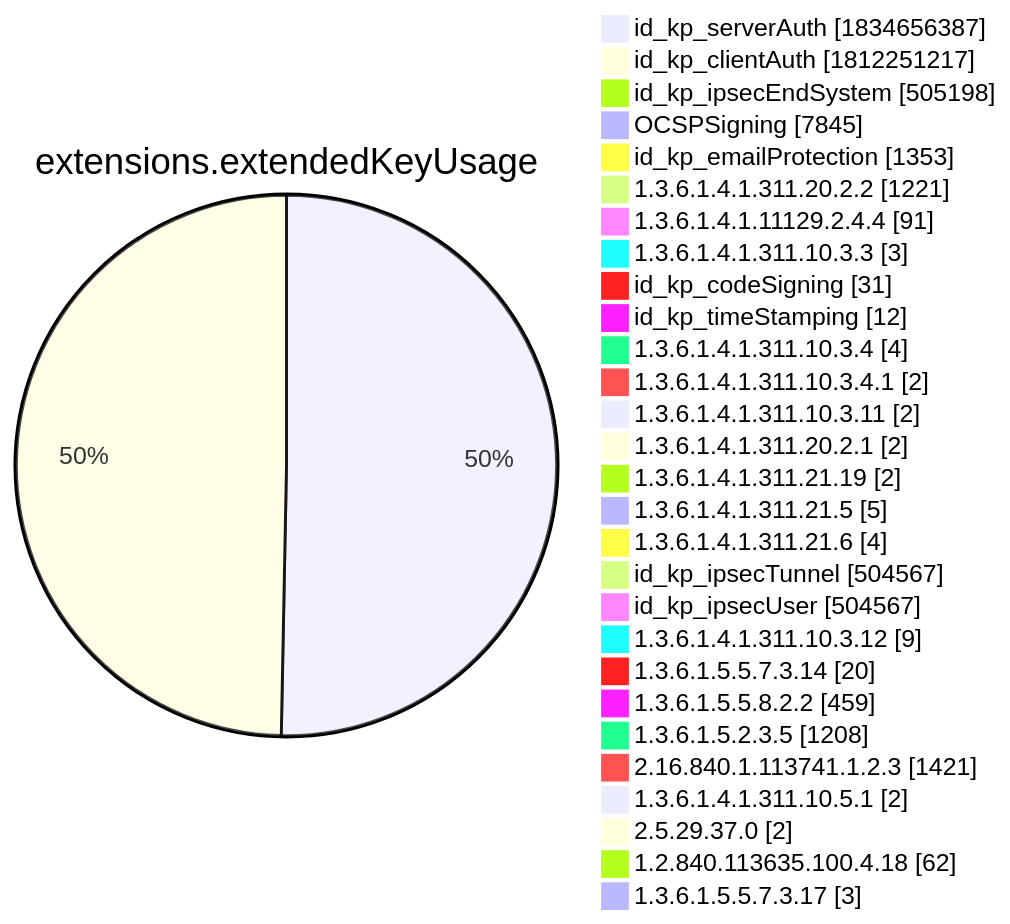
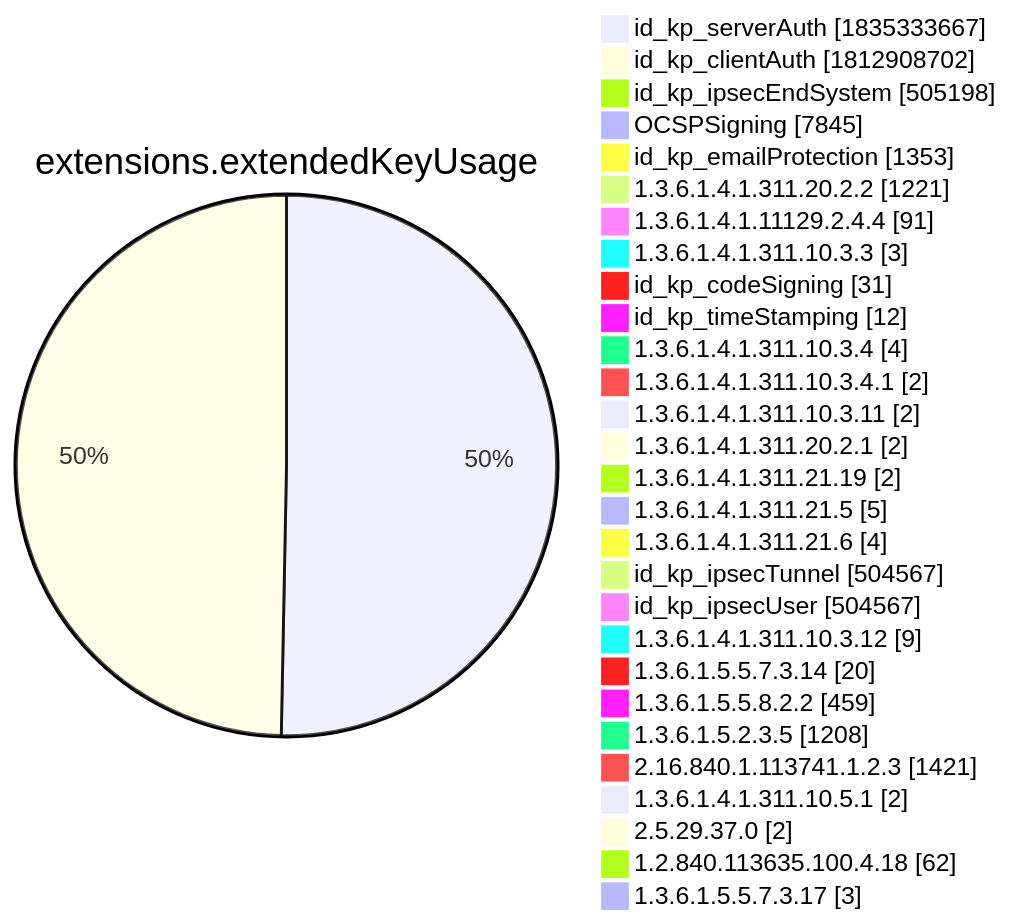
One commit to christiankrug/ctmonitor_visualization changed diagram 12 of 15 in xenon2022/README.md. Above: the diagram before and after it, drawn with Mermaid. The commit also changed other lines of this file, not shown here.

````diff
--- a/xenon2022/README.md
+++ b/xenon2022/README.md
@@ -3896,32 +3896,32 @@
 ```mermaid
 pie showData
 title extensions.extendedKeyUsage
-"id_kp_serverAuth" :1834656387
-"id_kp_clientAuth" :1812251217
+"id_kp_serverAuth" :1835333667
+"id_kp_clientAuth" :1812908702
 "id_kp_ipsecEndSystem" :505198
 "OCSPSigning" :7845
 "id_kp_emailProtection" :1353
 "1.3.6.1.4.1.311.20.2.2" :1221
 "1.3.6.1.4.1.11129.2.4.4" :91
 "1.3.6.1.4.1.311.10.3.3" :3
 "id_kp_codeSigning" :31
 "id_kp_timeStamping" :12
 "1.3.6.1.4.1.311.10.3.4" :4
 "1.3.6.1.4.1.311.10.3.4.1" :2
 "1.3.6.1.4.1.311.10.3.11" :2
 "1.3.6.1.4.1.311.20.2.1" :2
 "1.3.6.1.4.1.311.21.19" :2
 "1.3.6.1.4.1.311.21.5" :5
 "1.3.6.1.4.1.311.21.6" :4
 "id_kp_ipsecTunnel" :504567
 "id_kp_ipsecUser" :504567
 "1.3.6.1.4.1.311.10.3.12" :9
 "1.3.6.1.5.5.7.3.14" :20
 "1.3.6.1.5.5.8.2.2" :459
 "1.3.6.1.5.2.3.5" :1208
 "2.16.840.1.113741.1.2.3" :1421
 "1.3.6.1.4.1.311.10.5.1" :2
 "2.5.29.37.0" :2
 "1.2.840.113635.100.4.18" :62
 "1.3.6.1.5.5.7.3.17" :3
 ```
````
